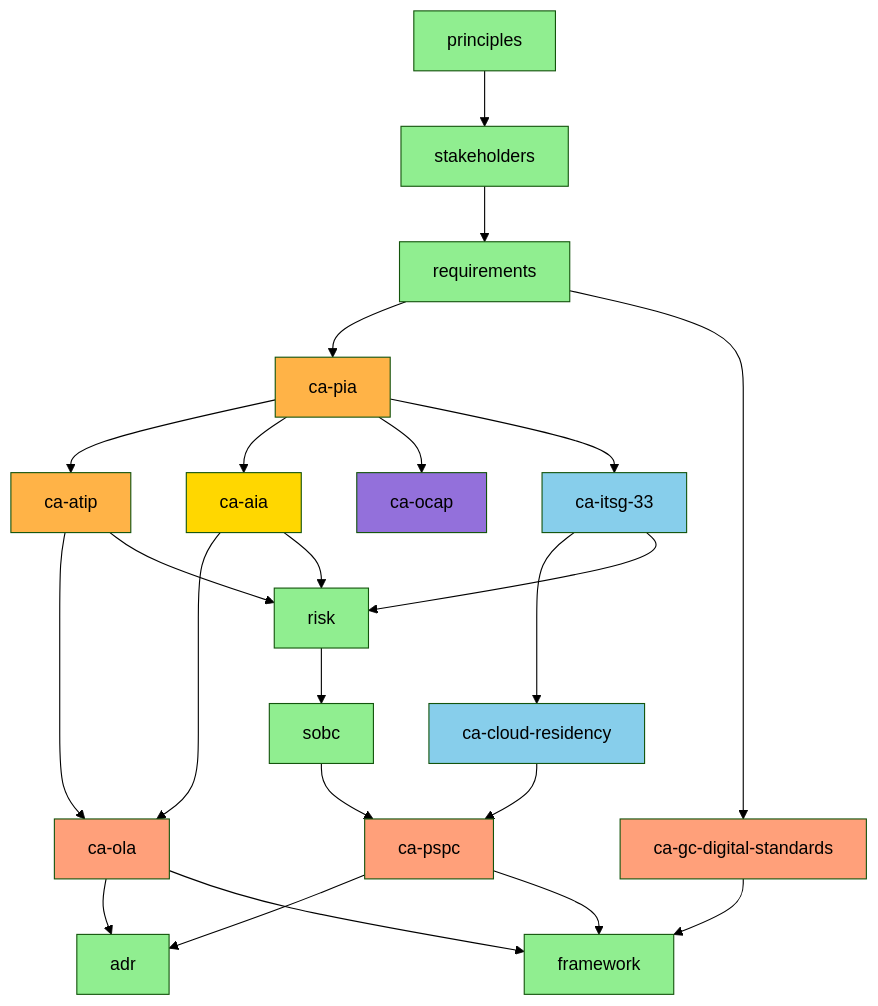
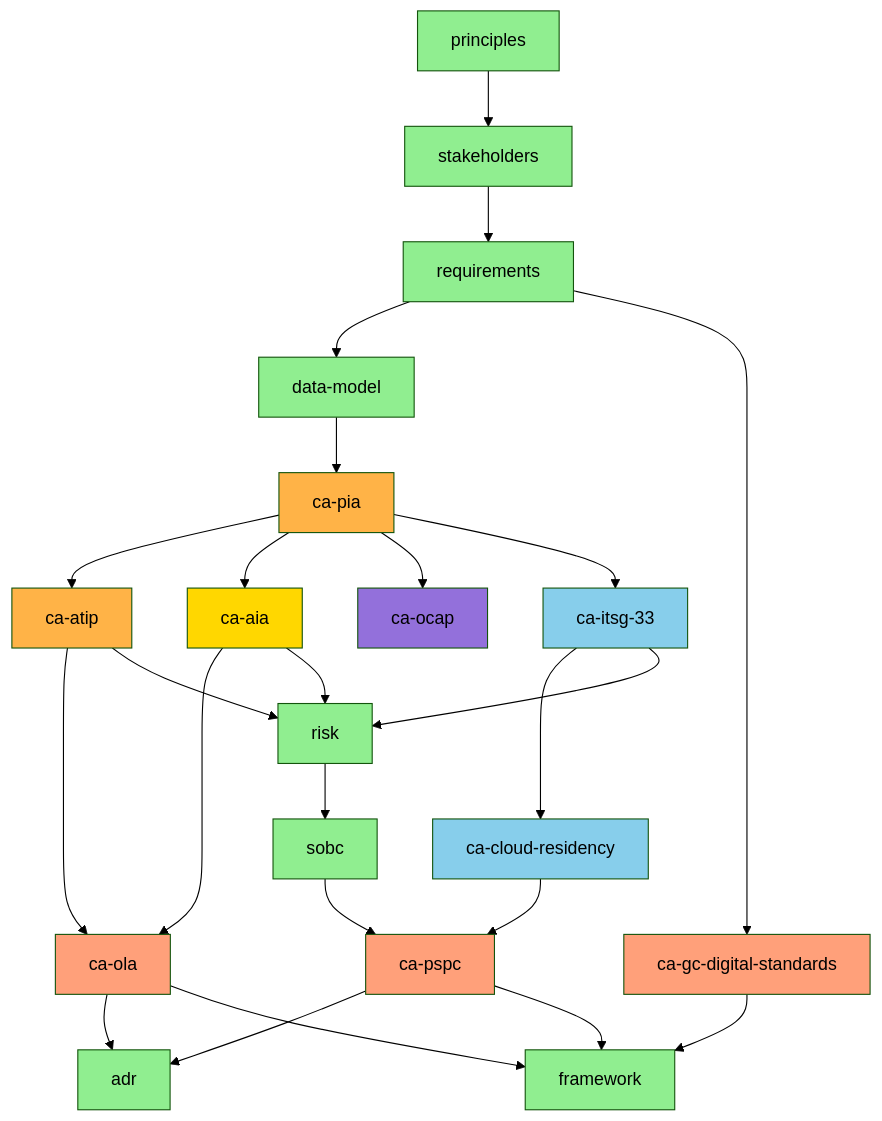
Before and after one commit to tractorjuice/arc-kit: the eighth of 14 diagrams in docs/WORKFLOW-DIAGRAMS.md, drawn with Mermaid (forest theme). The commit also changed other lines of this file and 114 other files, not shown here.

````diff
--- a/docs/WORKFLOW-DIAGRAMS.md
+++ b/docs/WORKFLOW-DIAGRAMS.md
@@ -999,59 +1001,62 @@
 ```mermaid
 graph TD
     principles[principles]
     stakeholders[stakeholders]
     requirements[requirements]
     ca_pia[ca-pia]
     ca_atip[ca-atip]
     ca_aia[ca-aia]
     ca_ocap[ca-ocap]
     ca_itsg_33[ca-itsg-33]
     ca_cloud_residency[ca-cloud-residency]
     ca_ola[ca-ola]
     ca_gc_digital_standards[ca-gc-digital-standards]
     ca_pspc[ca-pspc]
+    data_model[data-model]
     adr[adr]
     sobc[sobc]
     risk[risk]
     framework[framework]
 
     principles --> stakeholders
     stakeholders --> requirements
-    requirements --> ca_pia
+    requirements --> data_model
+    data_model --> ca_pia
     ca_pia --> ca_atip
     ca_pia --> ca_aia
     ca_pia --> ca_ocap
     ca_pia --> ca_itsg_33
     ca_itsg_33 --> ca_cloud_residency
     ca_atip --> ca_ola
     ca_aia --> ca_ola
     requirements --> ca_gc_digital_standards
     ca_cloud_residency --> ca_pspc
     ca_ola --> adr
     ca_pspc --> adr
     sobc --> ca_pspc
     risk --> sobc
     ca_atip --> risk
     ca_aia --> risk
     ca_itsg_33 --> risk
     ca_ola --> framework
     ca_gc_digital_standards --> framework
     ca_pspc --> framework
 
     style principles fill:#90EE90
     style stakeholders fill:#90EE90
     style requirements fill:#90EE90
     style ca_pia fill:#FFB347
     style ca_atip fill:#FFB347
     style ca_aia fill:#FFD700
     style ca_ocap fill:#9370DB
     style ca_itsg_33 fill:#87CEEB
     style ca_cloud_residency fill:#87CEEB
     style ca_ola fill:#FFA07A
     style ca_gc_digital_standards fill:#FFA07A
     style ca_pspc fill:#FFA07A
+    style data_model fill:#90EE90
     style adr fill:#90EE90
     style sobc fill:#90EE90
     style risk fill:#90EE90
     style framework fill:#90EE90
 ```
````
